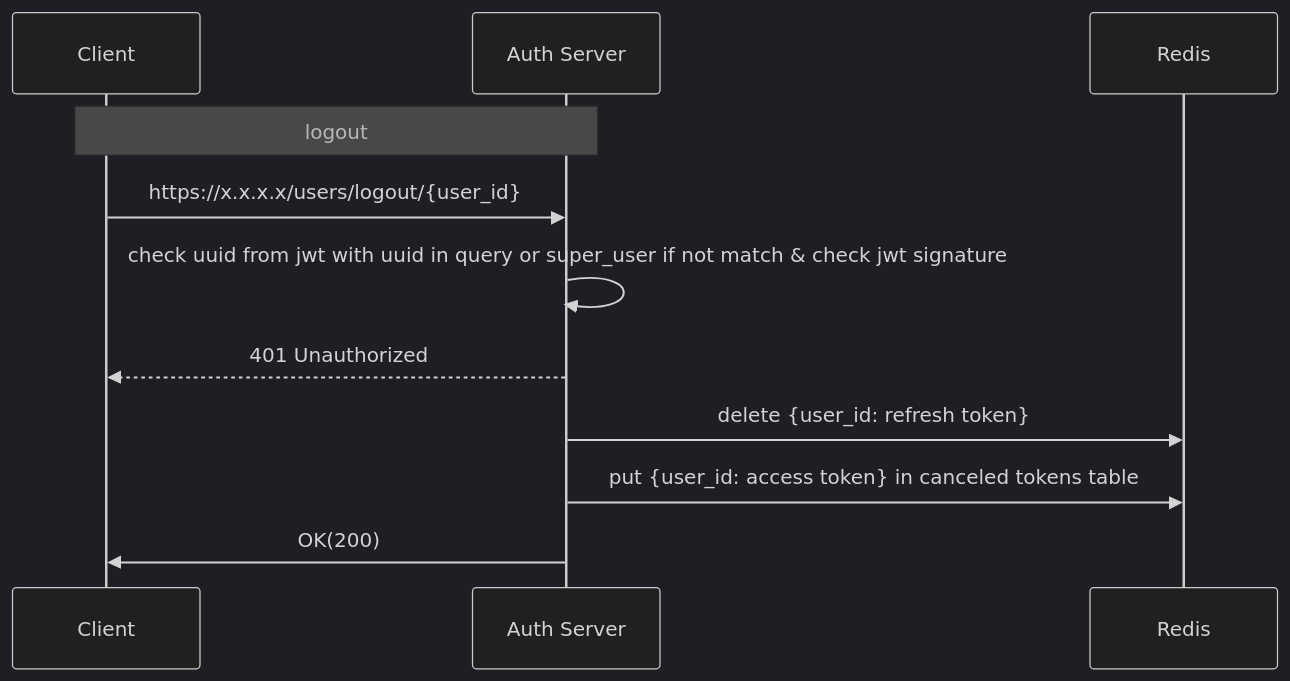
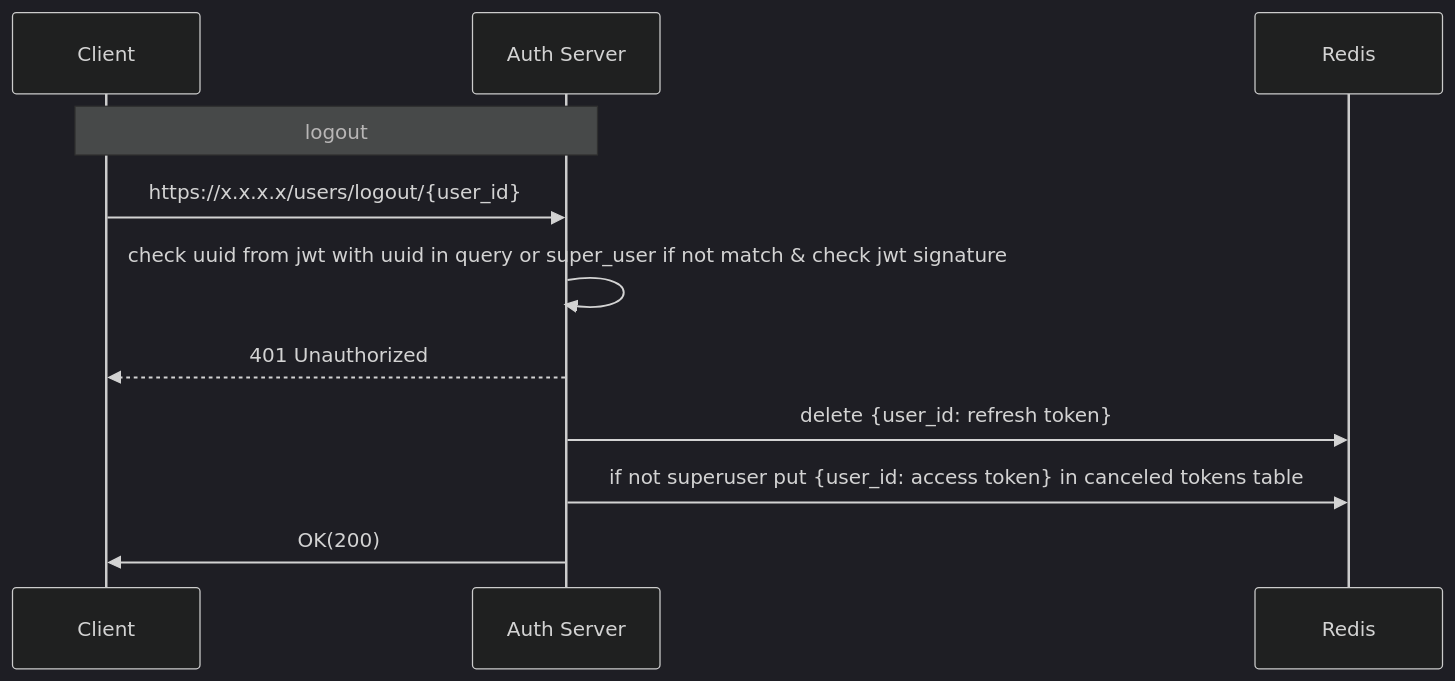
The diagram in Docs/1_users/4_logout.md (veselij/Auth_sprint_6_team_5), drawn with Mermaid (dark theme) before and after one commit. The commit also changed 13 other files, not shown here.

````diff
--- a/Docs/1_users/4_logout.md
+++ b/Docs/1_users/4_logout.md
@@ -1,14 +1,14 @@
 ```mermaid
 sequenceDiagram
     participant C as Client  
     participant S as Auth Server
     participant R as Redis
 
 	Note over C, S: logout
 	C->>S: https://x.x.x.x/users/logout/{user_id}
 	S->>S: check uuid from jwt with uuid in query or super_user if not match & check jwt signature
 	S-->>C: 401 Unauthorized
 	S->>R: delete {user_id: refresh token}
-	S->>R: put {user_id: access token} in canceled tokens table
+	S->>R: if not superuser put {user_id: access token} in canceled tokens table
 	S->>C: OK(200)
 ```
````
